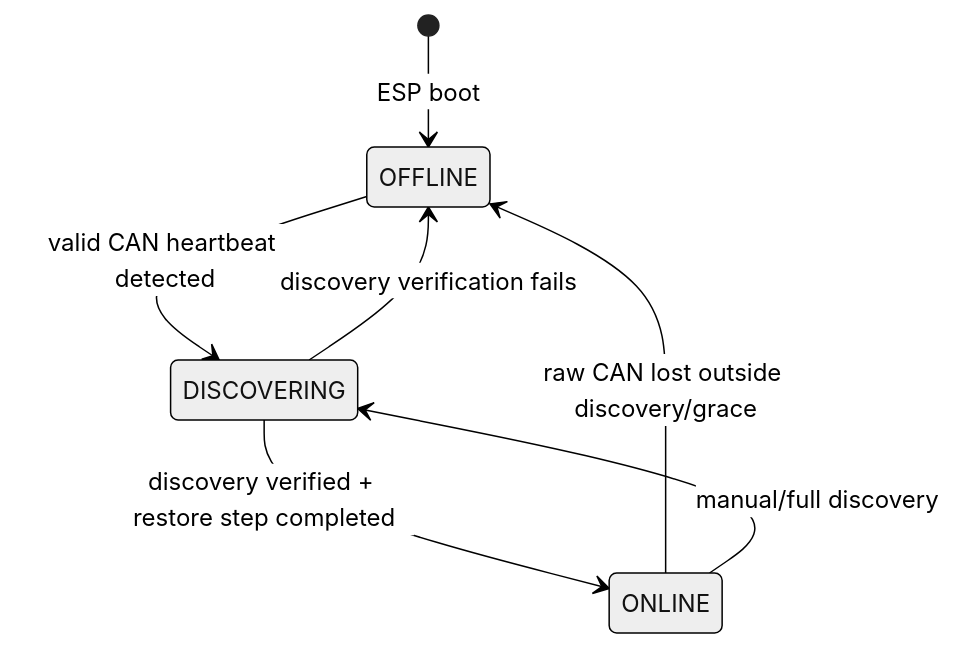
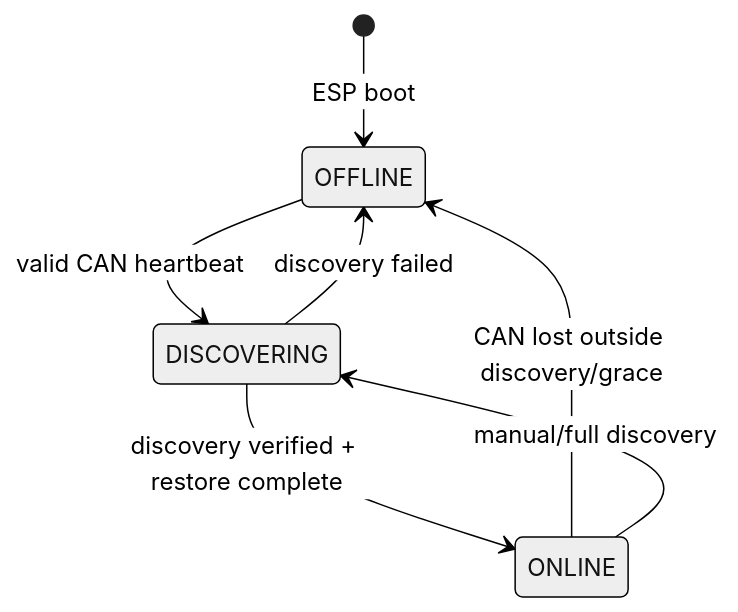
One commit to anwa/esphome-r4875g1-3phase-charger changed the second of 4 diagrams in R4875G1_CONTROL_FLOWS.md. Above: the diagram before and after it, drawn with Mermaid (neutral theme). The commit also changed other lines of this file, not shown here.

Commit message:
Synchronize control flow documentation with v4.0.0

````diff
--- a/R4875G1_CONTROL_FLOWS.md
+++ b/R4875G1_CONTROL_FLOWS.md
@@ -115,9 +74,9 @@
 ```mermaid
 stateDiagram-v2
     [*] --> OFFLINE: ESP boot
-    OFFLINE --> DISCOVERING: valid CAN heartbeat detected
-    DISCOVERING --> ONLINE: discovery verified + restore step completed
-    DISCOVERING --> OFFLINE: discovery verification fails
-    ONLINE --> OFFLINE: raw CAN lost outside discovery/grace
+    OFFLINE --> DISCOVERING: valid CAN heartbeat
+    DISCOVERING --> ONLINE: discovery verified + restore complete
+    DISCOVERING --> OFFLINE: discovery failed
+    ONLINE --> OFFLINE: CAN lost outside discovery/grace
     ONLINE --> DISCOVERING: manual/full discovery
 ```
````
